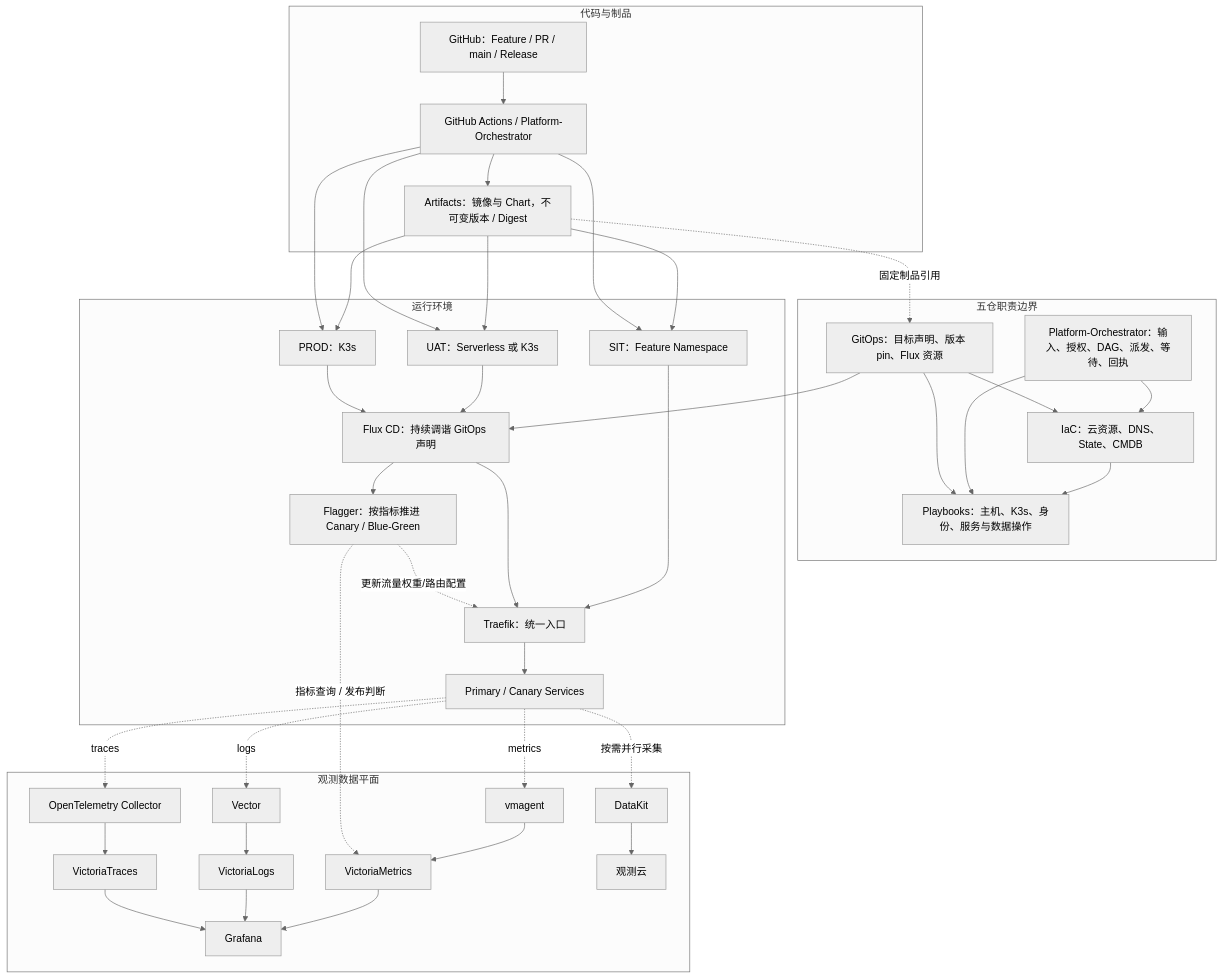
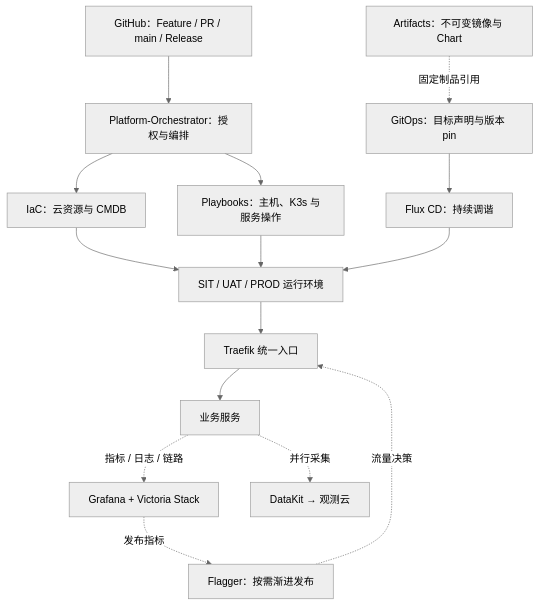
One commit to ai-workspace-services/knowledge changed the first of 4 diagrams in docs/reference/platform-delivery/OpenplatForm-Delivery-Architecture.md. Above: the diagram before and after it, drawn with Mermaid (neutral theme). The commit also changed other lines of this file, not shown here.

Commit message:
docs: split platform architecture diagrams

````diff
--- a/docs/reference/platform-delivery/OpenplatForm-Delivery-Architecture.md
+++ b/docs/reference/platform-delivery/OpenplatForm-Delivery-Architecture.md
@@ -73,60 +75,16 @@
 ```mermaid
 flowchart TB
-    subgraph SCM["代码与制品"]
-      GH["GitHub：Feature / PR / main / Release"]
-      CI["GitHub Actions / Platform-Orchestrator"]
-      ART["Artifacts：镜像与 Chart，不可变版本 / Digest"]
-      GH --> CI --> ART
-    end
-
-    subgraph Owners["五仓职责边界"]
-      ORCH["Platform-Orchestrator：输入、授权、DAG、派发、等待、回执"]
-      IAC["IaC：云资源、DNS、State、CMDB"]
-      PB["Playbooks：主机、K3s、身份、服务与数据操作"]
-      GO["GitOps：目标声明、版本 pin、Flux 资源"]
-      ORCH --> IAC --> PB
-      ORCH --> PB
-      GO --> IAC
-      GO --> PB
-      ART -. 固定制品引用 .-> GO
-    end
-
-    subgraph Envs["运行环境"]
-      SIT["SIT：Feature Namespace"]
-      UAT["UAT：Serverless 或 K3s"]
-      PROD["PROD：K3s"]
-      FLUX["Flux CD：持续调谐 GitOps 声明"]
-      TRAEFIK["Traefik：统一入口"]
-      FLAGGER["Flagger：按指标推进 Canary / Blue-Green"]
-      SVC["Primary / Canary Services"]
-      SIT --> TRAEFIK
-      UAT --> FLUX
-      PROD --> FLUX
-      FLUX --> TRAEFIK
-      FLUX --> FLAGGER
-      FLAGGER -. 更新流量权重/路由配置 .-> TRAEFIK
-      TRAEFIK --> SVC
-    end
-    GO --> FLUX
-    ART --> SIT
-    ART --> UAT
-    ART --> PROD
-    CI --> SIT
-    CI --> UAT
-    CI --> PROD
-
-    subgraph Obs["观测数据平面"]
-      VMAGENT["vmagent"] --> VM["VictoriaMetrics"]
-      VECTOR["Vector"] --> VL["VictoriaLogs"]
-      OTEL["OpenTelemetry Collector"] --> VT["VictoriaTraces"]
-      DK["DataKit"] --> GUANCE["观测云"]
-      VM --> GRAFANA["Grafana"]
-      VL --> GRAFANA
-      VT --> GRAFANA
-      FLAGGER -. 指标查询 / 发布判断 .-> VM
-    end
-    SVC -. metrics .-> VMAGENT
-    SVC -. logs .-> VECTOR
-    SVC -. traces .-> OTEL
-    SVC -. 按需并行采集 .-> DK
+    GH["GitHub：Feature / PR / main / Release"] --> ORCH["Platform-Orchestrator：授权与编排"]
+    ORCH --> IAC["IaC：云资源与 CMDB"]
+    ORCH --> PB["Playbooks：主机、K3s 与服务操作"]
+    GO["GitOps：目标声明与版本 pin"] --> FLUX["Flux CD：持续调谐"]
+    ART["Artifacts：不可变镜像与 Chart"] -. 固定制品引用 .-> GO
+    IAC --> RUNTIME["SIT / UAT / PROD 运行环境"]
+    PB --> RUNTIME
+    FLUX --> RUNTIME
+    RUNTIME --> EDGE["Traefik 统一入口"] --> APP["业务服务"]
+    FLAGGER["Flagger：按需渐进发布"] -. 流量决策 .-> EDGE
+    APP -. 指标 / 日志 / 链路 .-> OBS["Grafana + Victoria Stack"]
+    APP -. 并行采集 .-> DK["DataKit → 观测云"]
+    OBS -. 发布指标 .-> FLAGGER
 ```
````
